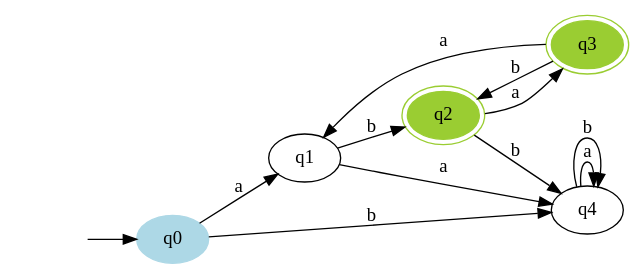
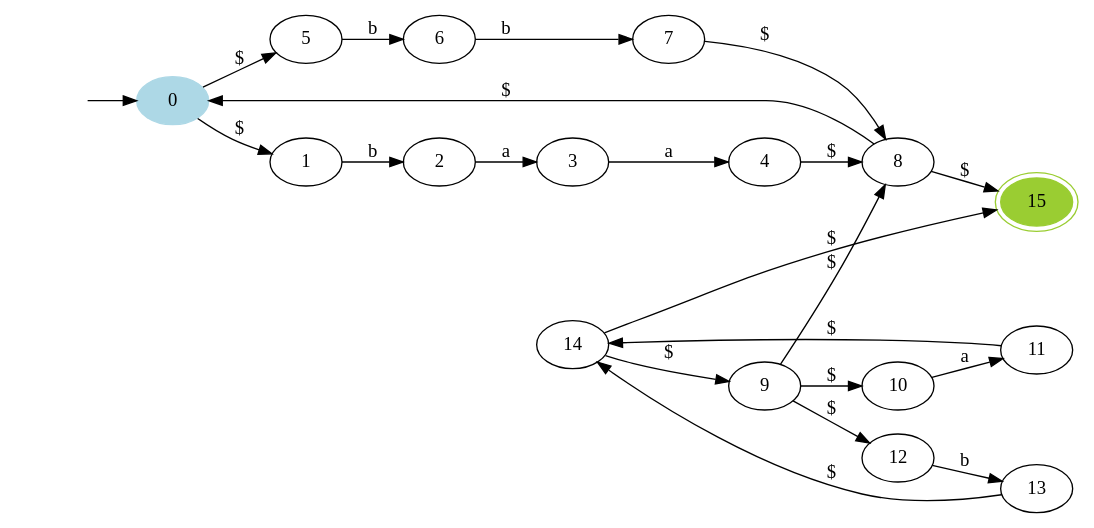
Before and after one commit to nvendhoven/RegExGen: the diagram in RegExGen/graphviz/fsm.gv, drawn with Graphviz. The commit also changed 2 other files, not shown here.

```diff
--- a/RegExGen/graphviz/fsm.gv
+++ b/RegExGen/graphviz/fsm.gv
@@ -1,22 +1,43 @@
 digraph dfa {
 rankdir=LR;
 
 NOTHING [label="", shape=none]
-q0 [label="q0" shape=ellipse, style=filled, color=lightblue]
-q1 [label="q1"]
-q2 [label="q2" shape=ellipse, peripheries=2, style=filled, color=yellowgreen]
-q3 [label="q3" shape=ellipse, peripheries=2, style=filled, color=yellowgreen]
-q4 [label="q4"]
+0 [label="0" shape=ellipse, style=filled, color=lightblue]
+1 [label="1"]
+10 [label="10"]
+11 [label="11"]
+12 [label="12"]
+13 [label="13"]
+14 [label="14"]
+15 [label="15" shape=ellipse, peripheries=2, style=filled, color=yellowgreen]
+2 [label="2"]
+3 [label="3"]
+4 [label="4"]
+5 [label="5"]
+6 [label="6"]
+7 [label="7"]
+8 [label="8"]
+9 [label="9"]
 
-NOTHING -> q0
-q0 -> q1 [label="a"]
-q0 -> q4 [label="b"]
-q1 -> q4 [label="a"]
-q1 -> q2 [label="b"]
-q2 -> q3 [label="a"]
-q2 -> q4 [label="b"]
-q3 -> q1 [label="a"]
-q3 -> q2 [label="b"]
-q4 -> q4 [label="a"]
-q4 -> q4 [label="b"]
+NOTHING -> 0
+0 -> 1 [label="$"]
+0 -> 5 [label="$"]
+1 -> 2 [label="b"]
+10 -> 11 [label="a"]
+11 -> 14 [label="$"]
+12 -> 13 [label="b"]
+13 -> 14 [label="$"]
+14 -> 15 [label="$"]
+14 -> 9 [label="$"]
+2 -> 3 [label="a"]
+3 -> 4 [label="a"]
+4 -> 8 [label="$"]
+5 -> 6 [label="b"]
+6 -> 7 [label="b"]
+7 -> 8 [label="$"]
+8 -> 0 [label="$"]
+8 -> 15 [label="$"]
+9 -> 10 [label="$"]
+9 -> 12 [label="$"]
+9 -> 8 [label="$"]
 }
```
